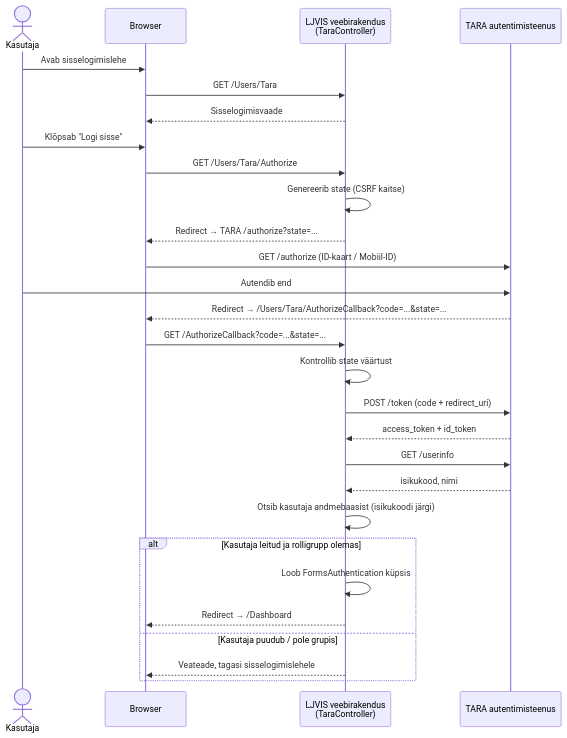
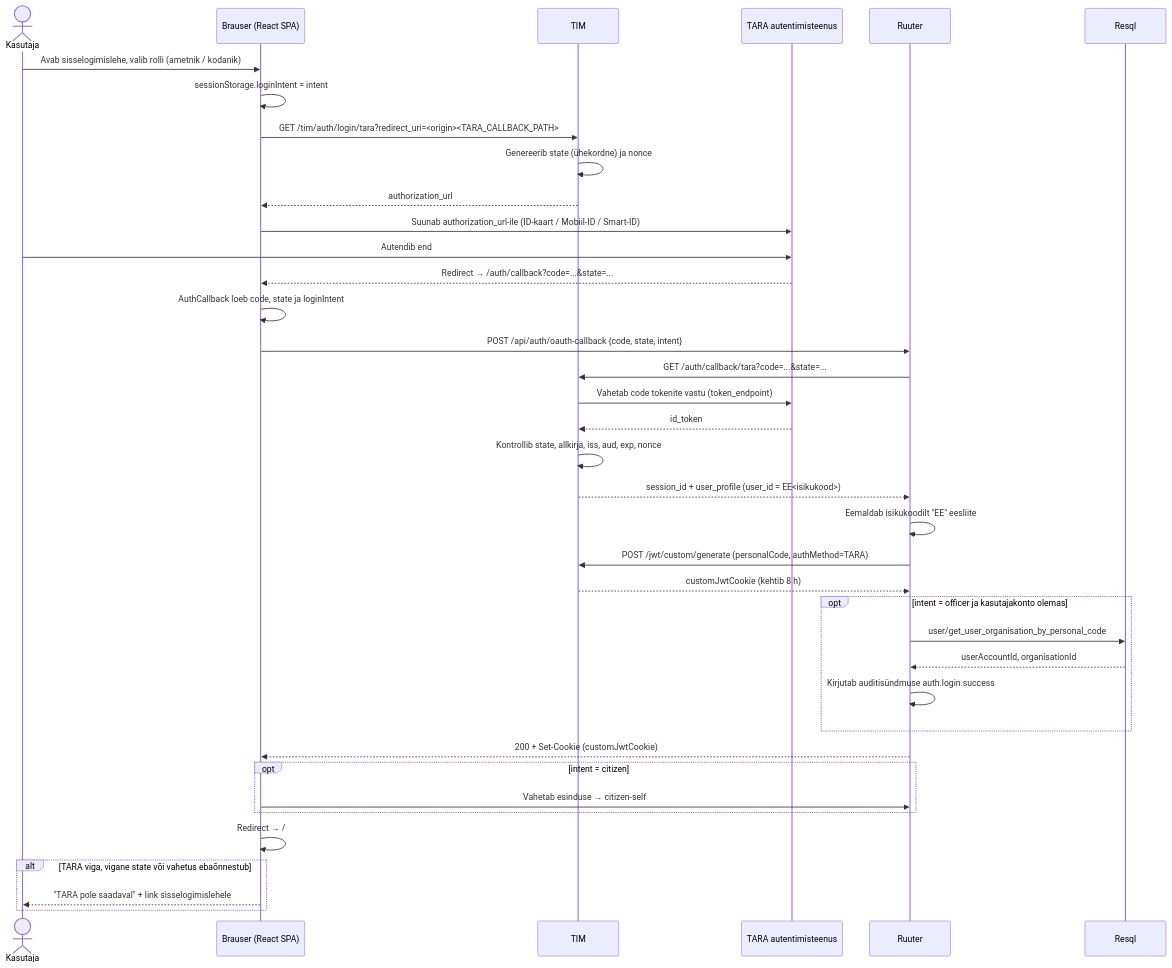
Before and after one commit to kemit-ee/ljvis-2: the first of 7 diagrams in architecture/sequence-diagrams.md, drawn with Mermaid. The commit also changed other lines of this file and 12 other files, not shown here.

Commit message:
TARA tagasisuunamine: /auth/tara-callback alias ja keskkonnakohane TARA_CALLBACK_PATH

````diff
--- a/architecture/sequence-diagrams.md
+++ b/architecture/sequence-diagrams.md
@@ -5,35 +5,47 @@
 ```mermaid
 sequenceDiagram
     actor Kasutaja
-    participant Browser
-    participant LJVIS as LJVIS veebirakendus<br/>(TaraController)
+    participant Browser as Brauser (React SPA)
+    participant TIM
     participant TARA as TARA autentimisteenus
+    participant Ruuter
+    participant Resql
 
-    Kasutaja->>Browser: Avab sisselogimislehe
-    Browser->>LJVIS: GET /Users/Tara
-    LJVIS-->>Browser: Sisselogimisvaade
+    Kasutaja->>Browser: Avab sisselogimislehe, valib rolli (ametnik / kodanik)
+    Browser->>Browser: sessionStorage.loginIntent = intent
+    Browser->>TIM: GET /tim/auth/login/tara?redirect_uri=<origin><TARA_CALLBACK_PATH>
+    TIM->>TIM: Genereerib state (ühekordne) ja nonce
+    TIM-->>Browser: authorization_url
 
-    Kasutaja->>Browser: Klõpsab "Logi sisse"
-    Browser->>LJVIS: GET /Users/Tara/Authorize
-    LJVIS->>LJVIS: Genereerib state (CSRF kaitse)
-    LJVIS-->>Browser: Redirect → TARA /authorize?state=...
+    Browser->>TARA: Suunab authorization_url-ile (ID-kaart / Mobiil-ID / Smart-ID)
+    Kasutaja->>TARA: Autendib end
+    TARA-->>Browser: Redirect → /auth/callback?code=...&state=...
 
-    Browser->>TARA: GET /authorize (ID-kaart / Mobiil-ID)
-    Kasutaja->>TARA: Autendib end
-    TARA-->>Browser: Redirect → /Users/Tara/AuthorizeCallback?code=...&state=...
+    Browser->>Browser: AuthCallback loeb code, state ja loginIntent
+    Browser->>Ruuter: POST /api/auth/oauth-callback {code, state, intent}
+    Ruuter->>TIM: GET /auth/callback/tara?code=...&state=...
+    TIM->>TARA: Vahetab code tokenite vastu (token_endpoint)
+    TARA-->>TIM: id_token
+    TIM->>TIM: Kontrollib state, allkirja, iss, aud, exp, nonce
+    TIM-->>Ruuter: session_id + user_profile (user_id = EE<isikukood>)
 
-    Browser->>LJVIS: GET /AuthorizeCallback?code=...&state=...
-    LJVIS->>LJVIS: Kontrollib state väärtust
-    LJVIS->>TARA: POST /token (code + redirect_uri)
-    TARA-->>LJVIS: access_token + id_token
-    LJVIS->>TARA: GET /userinfo
-    TARA-->>LJVIS: isikukood, nimi
+    Ruuter->>Ruuter: Eemaldab isikukoodilt "EE" eesliite
+    Ruuter->>TIM: POST /jwt/custom/generate (personalCode, authMethod=TARA)
+    TIM-->>Ruuter: customJwtCookie (kehtib 8 h)
 
-    LJVIS->>LJVIS: Otsib kasutaja andmebaasist (isikukoodi järgi)
-    alt Kasutaja leitud ja rolligrupp olemas
-        LJVIS->>LJVIS: Loob FormsAuthentication küpsis
-        LJVIS-->>Browser: Redirect → /Dashboard
-    else Kasutaja puudub / pole grupis
-        LJVIS-->>Browser: Veateade, tagasi sisselogimislehele
+    opt intent = officer ja kasutajakonto olemas
+        Ruuter->>Resql: user/get_user_organisation_by_personal_code
+        Resql-->>Ruuter: userAccountId, organisationId
+        Ruuter->>Ruuter: Kirjutab auditisündmuse auth.login.success
+    end
+
+    Ruuter-->>Browser: 200 + Set-Cookie (customJwtCookie)
+    opt intent = citizen
+        Browser->>Ruuter: Vahetab esinduse → citizen-self
+    end
+    Browser->>Browser: Redirect → /
+
+    alt TARA viga, vigane state või vahetus ebaõnnestub
+        Browser-->>Kasutaja: "TARA pole saadaval" + link sisselogimislehele
     end
 ```
````
